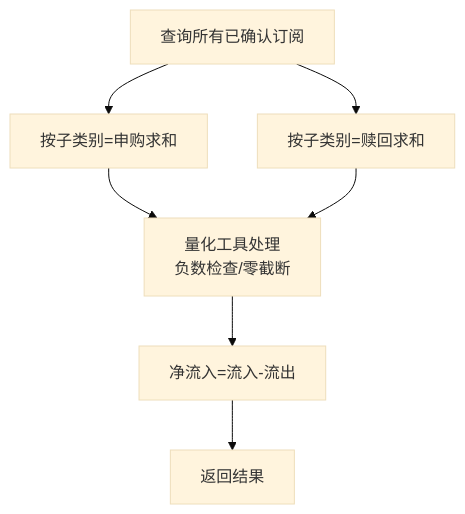
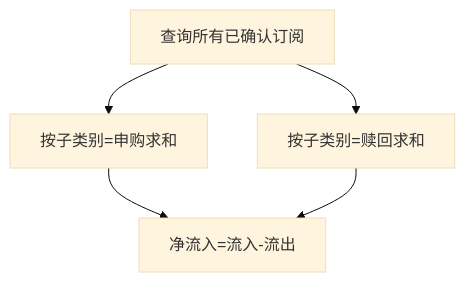
The fifth of 8 diagrams in .qoder/repowiki/zh/content/数据库设计/核心计算公式.md (gujialind/InvestRing), drawn with Mermaid (base theme) before and after one commit. The commit also changed other lines of this file and 65 other files, not shown here.

````diff
--- a/.qoder/repowiki/zh/content/数据库设计/核心计算公式.md
+++ b/.qoder/repowiki/zh/content/数据库设计/核心计算公式.md
@@ -261,9 +221,7 @@
 ```mermaid
 flowchart TD
 S["查询所有已确认订阅"] --> In["按子类别=申购求和"]
 S --> Out["按子类别=赎回求和"]
-In --> QuantCheck["量化工具处理<br/>负数检查/零截断"]
-Out --> QuantCheck
-QuantCheck --> Net["净流入=流入-流出"]
-Net --> Result["返回结果"]
+In --> Net["净流入=流入-流出"]
+Out --> Net
 ```
````
